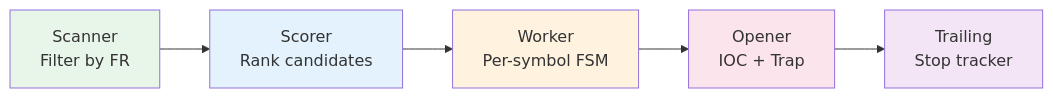
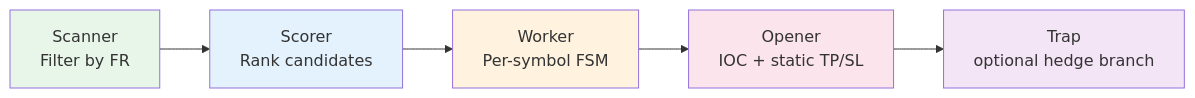
Before and after one commit to dangnmh/crypto-bot: the second of 3 diagrams in docs/tech/architecture.md, drawn with Mermaid. The commit also changed other lines of this file and 122 other files, not shown here.

````diff
--- a/docs/tech/architecture.md
+++ b/docs/tech/architecture.md
@@ -282,13 +268,13 @@
 ```mermaid
 graph LR
     A["Scanner<br/>Filter by FR"] --> B["Scorer<br/>Rank candidates"]
     B --> C["Worker<br/>Per-symbol FSM"]
-    C --> D["Opener<br/>IOC + Trap"]
-    D --> E["Trailing<br/>Stop tracker"]
+    C --> D["Opener<br/>IOC + static TP/SL"]
+    D --> E["Trap<br/>optional hedge branch"]
 
     style A fill:#e8f5e9
     style B fill:#e3f2fd
     style C fill:#fff3e0
     style D fill:#fce4ec
     style E fill:#f3e5f5
 ```
````
